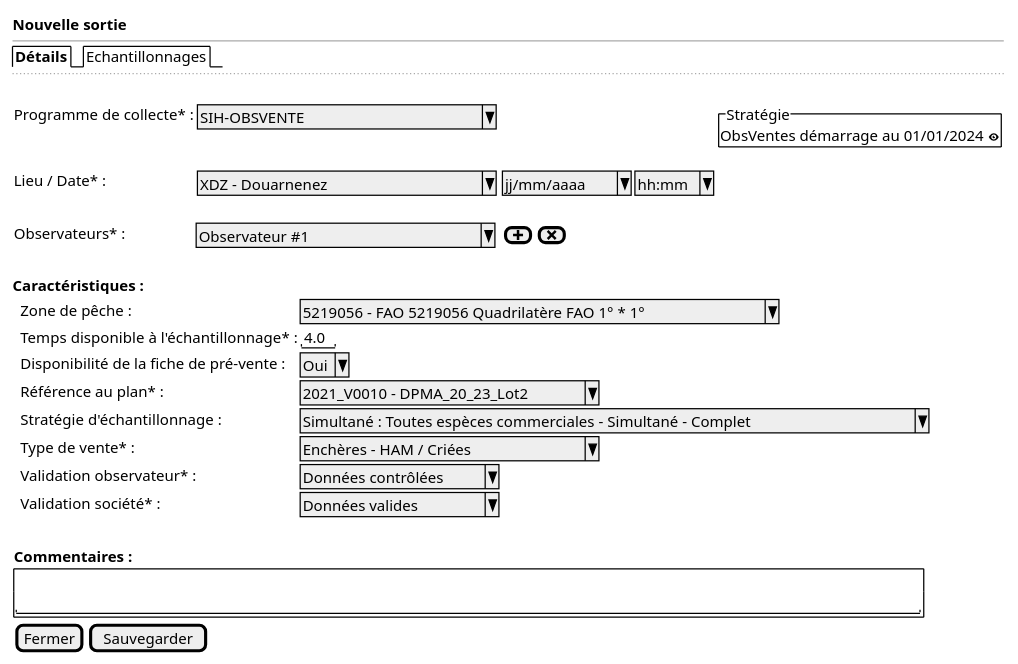
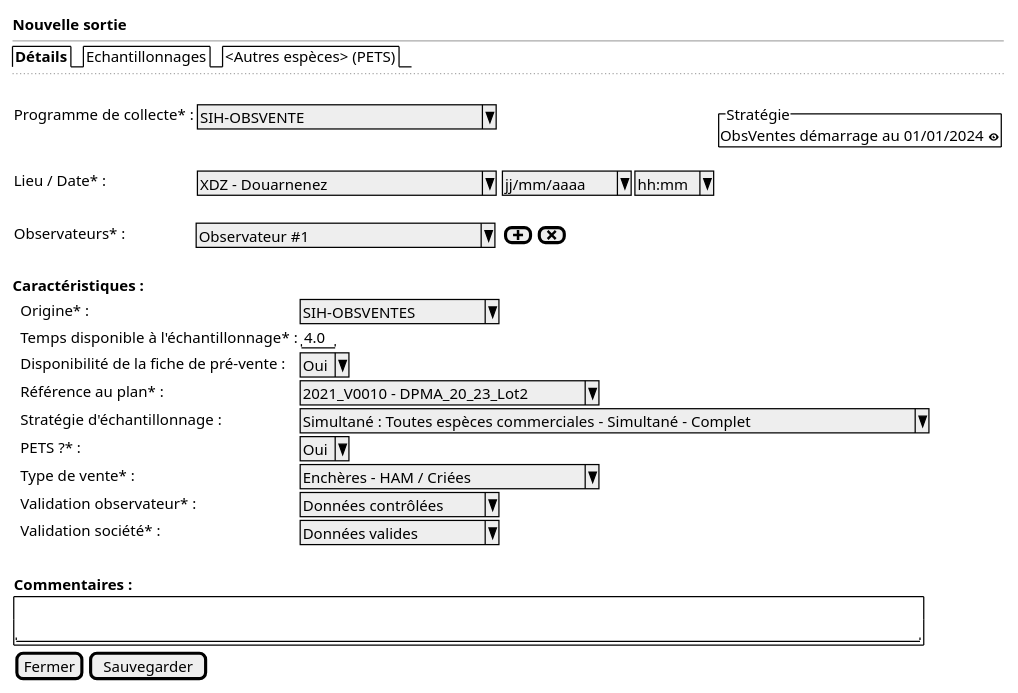
The diagram in projects/obsvente/spe/images/observed-location-new.puml (sumaris-net/sumaris-doc), drawn with PlantUML before and after one commit. The commit also changed 26 other files, not shown here.

```diff
--- a/projects/obsvente/spe/images/observed-location-new.puml
+++ b/projects/obsvente/spe/images/observed-location-new.puml
@@ -1,45 +1,46 @@
 @startsalt
 {
   <b>Nouvelle sortie
   --
-  {/ <b>Détails | Echantillonnages }
+  {/ <b>Détails | Echantillonnages | <Autres espèces> (PETS)}
   ..
   .
   {
 
       Programme de collecte* :    | { ^SIH-OBSVENTE                ^ } | * | {^"Stratégie"
                                                                                               ObsVentes démarrage au 01/01/2024 <&eye> }
       Lieu / Date* :     | { ^XDZ - Douarnenez            ^ } | { ^ jj/mm/aaaa^  |  ^ hh:mm^ }
       .
       Observateurs* :            | ^ Observateur #1             ^ | { [<&plus>] | [<&x>] }
       .
 
 
   }
 
   <b>Caractéristiques :
 
   {
-      . | Zone de pêche : | ^5219056 - FAO 5219056 Quadrilatère FAO 1° * 1°^
+      . | Origine* : | ^SIH-OBSVENTES     ^
       . | Temps disponible à l'échantillonnage* :| "4.0"
       . | Disponibilité de la fiche de pré-vente :| ^Oui^
       . | Référence au plan* : | ^2021_V0010 - DPMA_20_23_Lot2^
       . | Stratégie d'échantillonnage : | ^Simultané : Toutes espèces commerciales - Simultané - Complet^
+      . | PETS ?* : | ^Oui^
       . | Type de vente* : | ^Enchères - HAM / Criées     ^
       . | Validation observateur* : | ^Données contrôlées^
       . | Validation société* : | ^Données valides   ^
       . | .
   }
 
 
   {
      <b>Commentaires :
 
      {+ .
         "                                                                                          "
      }
   }
 
   { [Fermer] | [Sauvegarder] }
 }
 @endsalt
```
